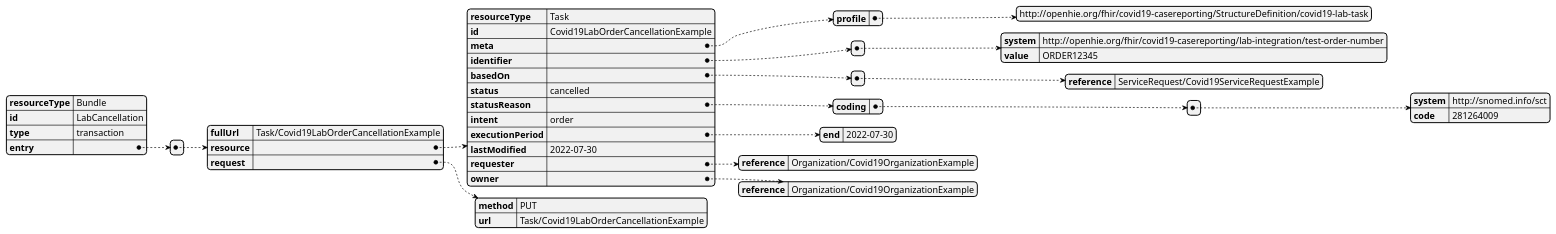
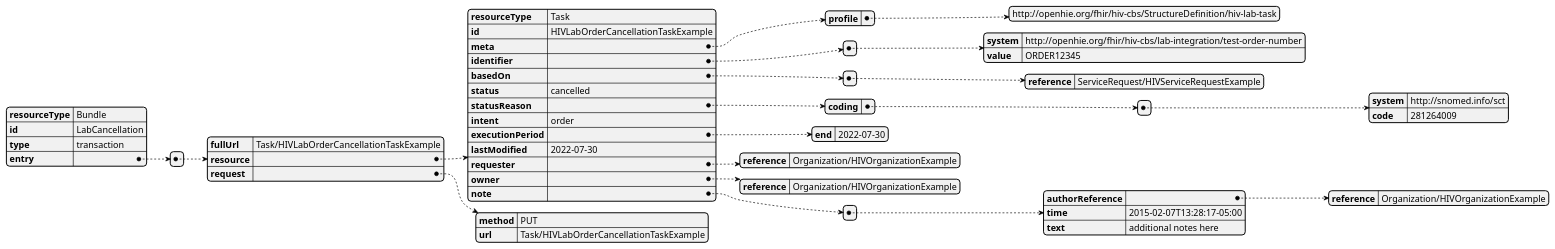
One commit to openhie/HIV-CBS changed the diagram in input/images-source/lab-cancellation-bundle.pu. Above: the diagram before and after it, drawn with PlantUML. The commit also changed 26 other files, not shown here.

```diff
--- a/input/images-source/lab-cancellation-bundle.pu
+++ b/input/images-source/lab-cancellation-bundle.pu
@@ -1,48 +1,55 @@
 @startjson lab-cancellation-bundle
 {
   "resourceType" : "Bundle",
   "id" : "LabCancellation",
   "type" : "transaction",
   "entry" : [{
-    "fullUrl" : "Task/Covid19LabOrderCancellationExample",
+    "fullUrl" : "Task/HIVLabOrderCancellationTaskExample",
     "resource" : {
       "resourceType" : "Task",
-      "id" : "Covid19LabOrderCancellationExample",
+      "id" : "HIVLabOrderCancellationTaskExample",
       "meta" : {
-        "profile" : ["http://openhie.org/fhir/covid19-casereporting/StructureDefinition/covid19-lab-task"]
+        "profile" : ["http://openhie.org/fhir/hiv-cbs/StructureDefinition/hiv-lab-task"]
       },
-     
+    
       "identifier" : [{
-        "system" : "http://openhie.org/fhir/covid19-casereporting/lab-integration/test-order-number",
+        "system" : "http://openhie.org/fhir/hiv-cbs/lab-integration/test-order-number",
         "value" : "ORDER12345"
       }],
       "basedOn" : [{
-        "reference" : "ServiceRequest/Covid19ServiceRequestExample"
+        "reference" : "ServiceRequest/HIVServiceRequestExample"
       }],
       "status" : "cancelled",
       "statusReason" : {
         "coding" : [{
           "system" : "http://snomed.info/sct",
           "code" : "281264009"
         }]
       },
       "intent" : "order",
       "executionPeriod" : {
         "end" : "2022-07-30"
       },
       "lastModified" : "2022-07-30",
       "requester" : {
-        "reference" : "Organization/Covid19OrganizationExample"
+        "reference" : "Organization/HIVOrganizationExample"
       },
       "owner" : {
-        "reference" : "Organization/Covid19OrganizationExample"
-      }
+        "reference" : "Organization/HIVOrganizationExample"
+      },
+      "note" : [{
+        "authorReference" : {
+          "reference" : "Organization/HIVOrganizationExample"
+        },
+        "time" : "2015-02-07T13:28:17-05:00",
+        "text" : "additional notes here"
+      }]
     },
     "request" : {
       "method" : "PUT",
-      "url" : "Task/Covid19LabOrderCancellationExample"
+      "url" : "Task/HIVLabOrderCancellationTaskExample"
     }
   }]
 }
 
 @endjson
```
